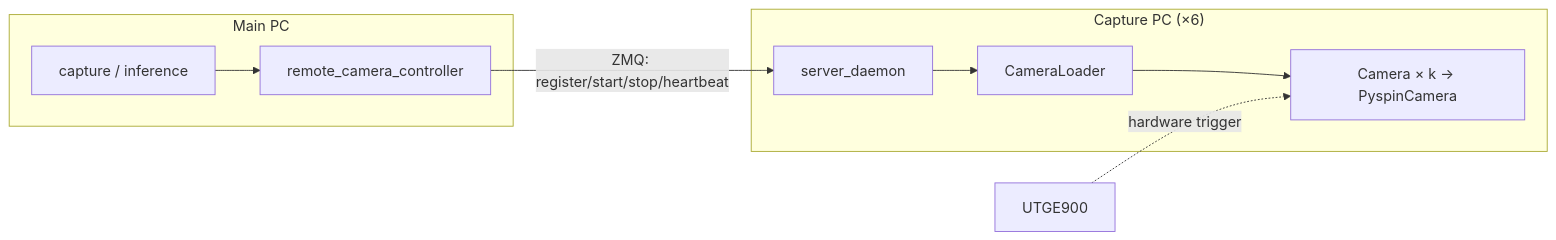
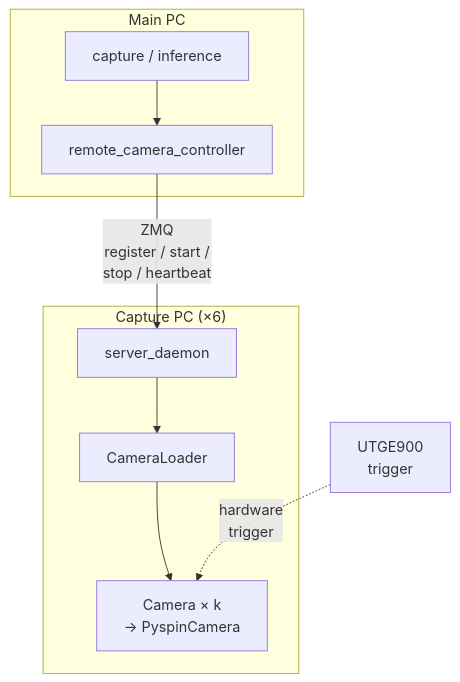
The first of 7 diagrams in docs/camera_system.md (willi19/paradex), drawn with Mermaid before and after one commit. The commit also changed other lines of this file and 2 other files, not shown here.

Commit message:
docs(camera): make architecture/hang diagrams vertical (were too wide)

````diff
--- a/docs/camera_system.md
+++ b/docs/camera_system.md
@@ -21,17 +21,12 @@
 ```{mermaid}
-flowchart LR
+flowchart TB
     subgraph Main["Main PC"]
-      ORCH["capture / inference"]
-      RCC["remote_camera_controller"]
-      ORCH --> RCC
+      ORCH["capture / inference"] --> RCC["remote_camera_controller"]
     end
     subgraph Cap["Capture PC (×6)"]
-      D["server_daemon"]
-      CL["CameraLoader"]
-      CAM["Camera × k → PyspinCamera"]
-      D --> CL --> CAM
+      D["server_daemon"] --> CL["CameraLoader"] --> CAM["Camera × k<br/>→ PyspinCamera"]
     end
-    GEN["UTGE900"]
-    RCC -- "ZMQ: register/start/stop/heartbeat" --> D
-    GEN -. "hardware trigger" .-> CAM
+    GEN["UTGE900<br/>trigger"]
+    RCC -- "ZMQ<br/>register / start /<br/>stop / heartbeat" --> D
+    GEN -. "hardware<br/>trigger" .-> CAM
 ```
````
